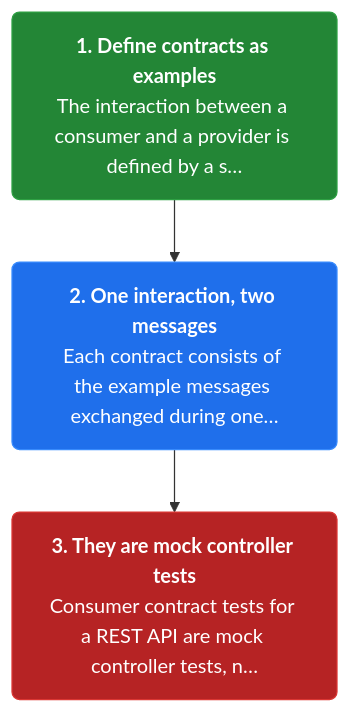
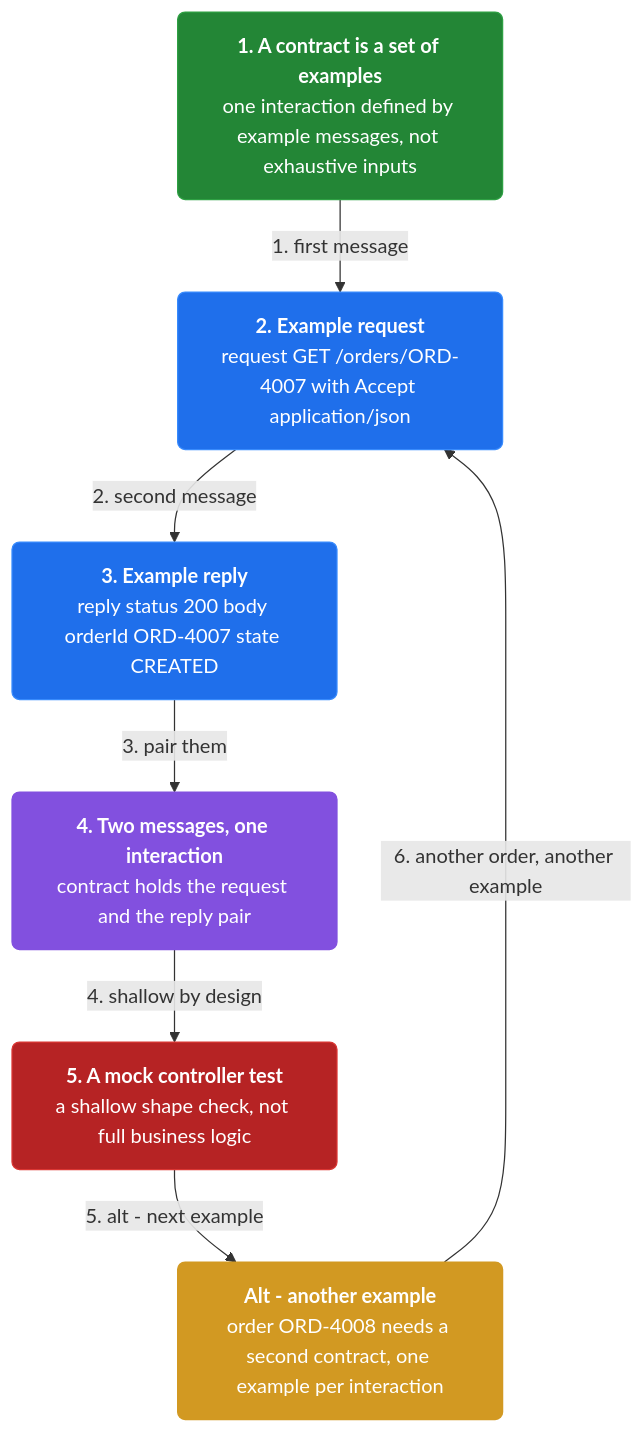
One commit to vinayakuber/microservices-io-study-guide changed the fourth of 4 diagrams in docs/ch25-consumer-driven-contract-test.md. Above: the diagram before and after it, drawn with Mermaid. The commit also changed other lines of this file and 46 other files, not shown here.

First line of the commit message:
Author rich branching flow diagrams for all 44 chapters

````diff
--- a/docs/ch25-consumer-driven-contract-test.md
+++ b/docs/ch25-consumer-driven-contract-test.md
@@ -133,11 +160,20 @@
 ```mermaid
 flowchart TD
-  classDef step fill:#1f6feb,color:#ffffff,stroke:#388bfd,stroke-width:1px,rx:6
+  classDef step fill:#1f6feb,color:#ffffff,stroke:#388bfd,rx:6
+  classDef core fill:#8250df,color:#ffffff,stroke:#8250df,rx:6
+  classDef warn fill:#d29922,color:#ffffff,stroke:#d29922,rx:6
   classDef start fill:#238636,color:#ffffff,stroke:#2ea043,rx:6
   classDef stop fill:#b62324,color:#ffffff,stroke:#da3633,rx:6
-  s3n0["<b>1. Define contracts as examples</b><br/>The interaction between a consumer and a provider is defined by a s…"]:::start
-  s3n1["<b>2. One interaction, two messages</b><br/>Each contract consists of the example messages exchanged during one…"]:::step
-  s3n2["<b>3. They are mock controller tests</b><br/>Consumer contract tests for a REST API are mock controller tests, n…"]:::stop
-  s3n0 --> s3n1
-  s3n1 --> s3n2
+  n0["<b>1. A contract is a set of examples</b><br/>one interaction defined by example messages, not exhaustive inputs"]:::start
+  n1["<b>2. Example request</b><br/>request GET /orders/ORD-4007 with Accept application/json"]:::step
+  n2["<b>3. Example reply</b><br/>reply status 200 body orderId ORD-4007 state CREATED"]:::step
+  n3["<b>4. Two messages, one interaction</b><br/>contract holds the request and the reply pair"]:::core
+  n4["<b>5. A mock controller test</b><br/>a shallow shape check, not full business logic"]:::stop
+  n5["<b>Alt - another example</b><br/>order ORD-4008 needs a second contract, one example per interaction"]:::warn
+  n0 -->|"1. first message"| n1
+  n1 -->|"2. second message"| n2
+  n2 -->|"3. pair them"| n3
+  n3 -->|"4. shallow by design"| n4
+  n4 -->|"5. alt - next example"| n5
+  n5 -->|"6. another order, another example"| n1
 ```
````
